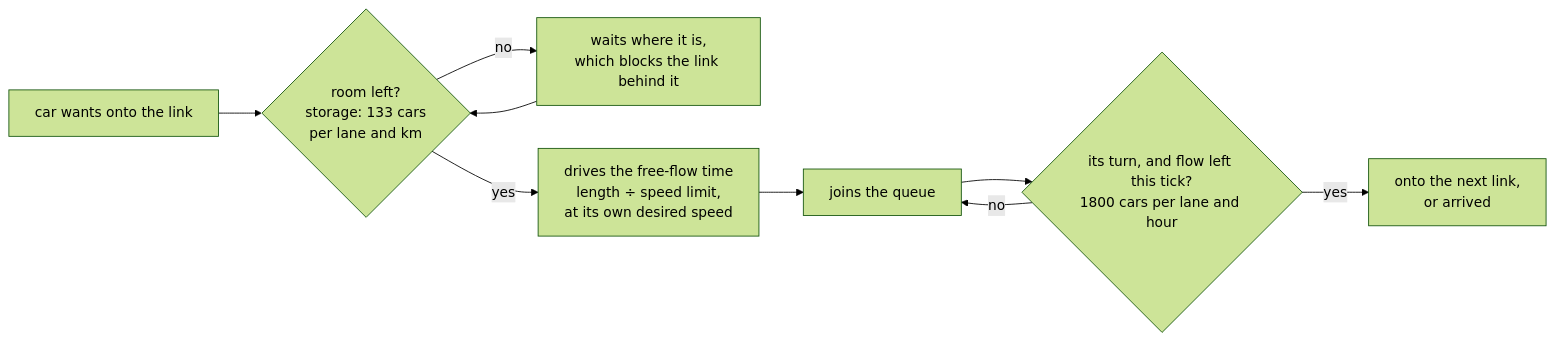
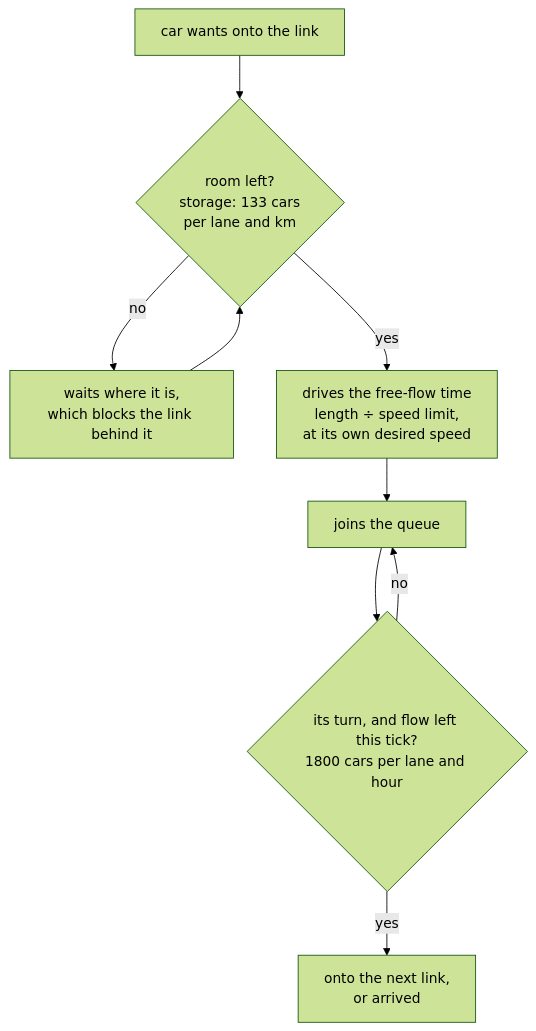
One commit to luke-hirsch/co2mmute changed the ninth of 12 diagrams in docs/en-flowcharts.md. Above: the diagram before and after it, drawn with Mermaid (forest theme). The commit also changed other lines of this file and 16 other files, not shown here.

````diff
--- a/docs/en-flowcharts.md
+++ b/docs/en-flowcharts.md
@@ -331,11 +321,11 @@
 ```mermaid
-flowchart LR
+flowchart TD
     want["car wants onto the link"] --> room{"room left?<br>storage: 133 cars<br>per lane and km"}
     room -->|"no"| upstream["waits where it is,<br>which blocks the link behind it"]
     upstream --> room
     room -->|"yes"| drive["drives the free-flow time<br>length ÷ speed limit,<br>at its own desired speed"]
     drive --> queue["joins the queue"]
     queue --> head{"its turn, and flow left this tick?<br>1800 cars per lane and hour"}
     head -->|"no"| queue
     head -->|"yes"| next["onto the next link,<br>or arrived"]
 ```
````
